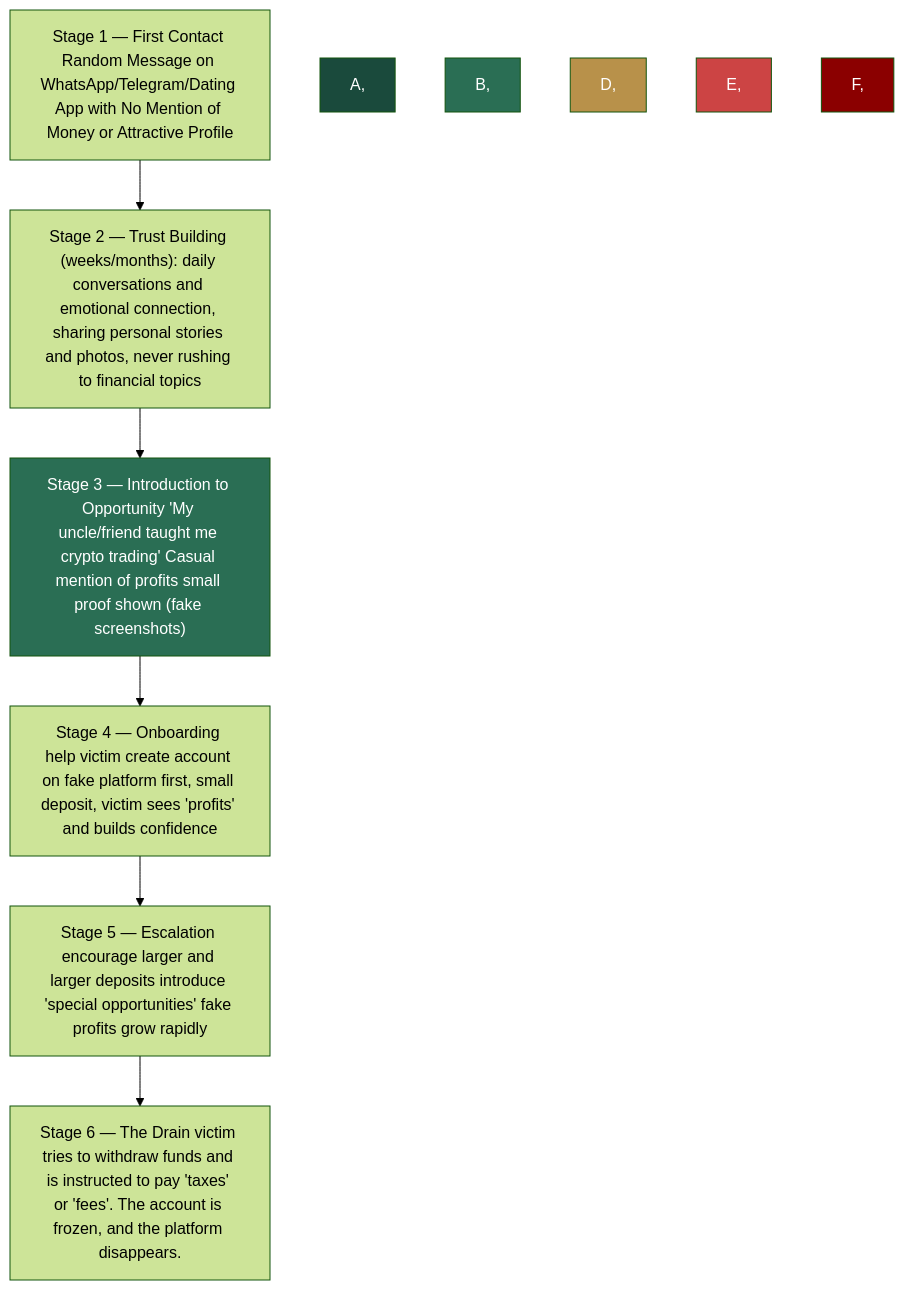
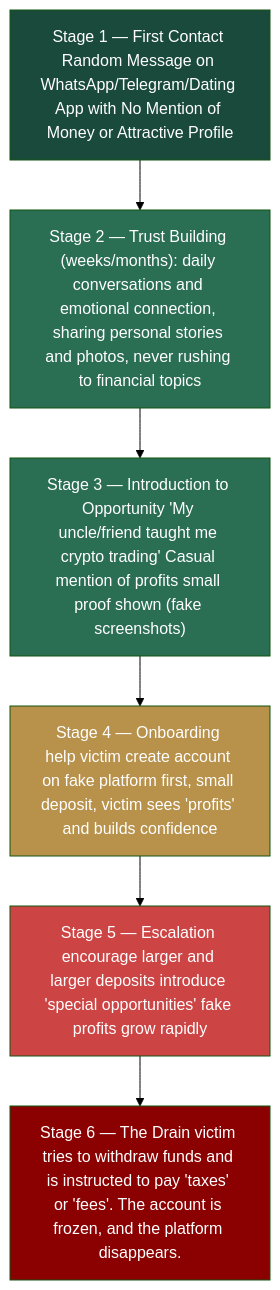
The first of 5 diagrams in case-2-pig-butchering/README.md (KotsykAndrey/aml-blockchain-portfolio), drawn with Mermaid (forest theme) before and after one commit.

````diff
--- a/case-2-pig-butchering/README.md
+++ b/case-2-pig-butchering/README.md
@@ -44,21 +44,22 @@
 ```mermaid
 flowchart TD
 A["Stage 1 — First Contact Random Message on WhatsApp/Telegram/Dating App with No Mention of Money or Attractive Profile"] --> B
 
 B["Stage 2 — Trust Building (weeks/months): daily conversations and emotional connection, sharing personal stories and photos, never rushing to financial topics"] --> C
 
 C["Stage 3 — Introduction to Opportunity 'My uncle/friend taught me crypto trading' Casual mention of profits small proof shown (fake screenshots)"] --> D
 
 D["Stage 4 — Onboarding help victim create account on fake platform first, small deposit, victim sees 'profits' and builds confidence"] --> E
 
 E["Stage 5 — Escalation encourage larger and larger deposits introduce 'special opportunities' fake profits grow rapidly"] --> F
 
 F["Stage 6 — The Drain victim tries to withdraw funds and is instructed to pay 'taxes' or 'fees'. The account is frozen, and the platform disappears."]
 
-style A, fill: #1A4A3C, color: #fff
-style B, fill: #2A6E54, color: #fff
+style A fill: #1A4A3C, color: #fff
+style B fill: #2A6E54, color: #fff
 style C fill: #2A6E54, color: #fff
-style D, fill: #B8914A, color: #fff
-style E, fill: #cc4444, color: #fff
-style F, fill: #8b0000, color: #fff
+style D fill: #B8914A, color: #fff
+style E fill: #cc4444, color: #fff
+style F fill: #8b0000, color: #fff
+
 ```
````
